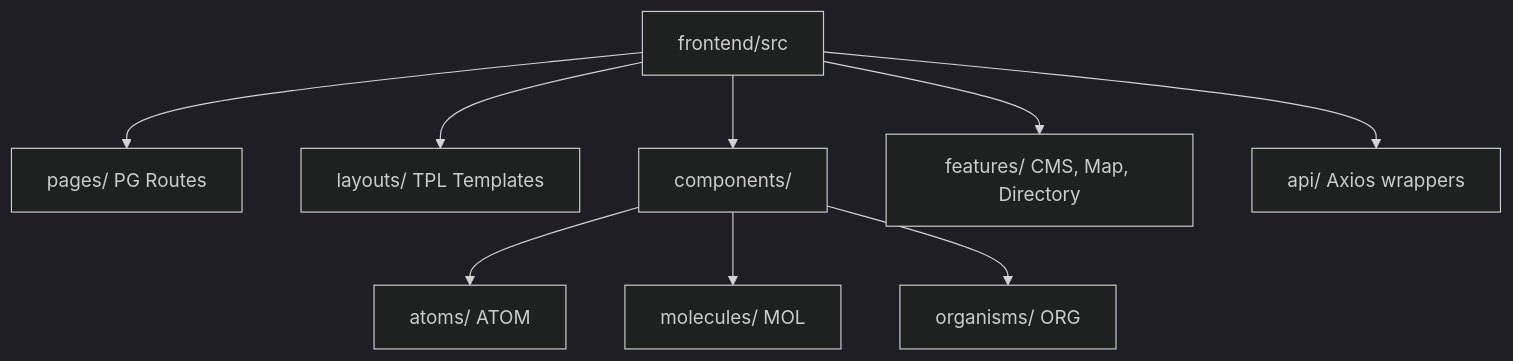
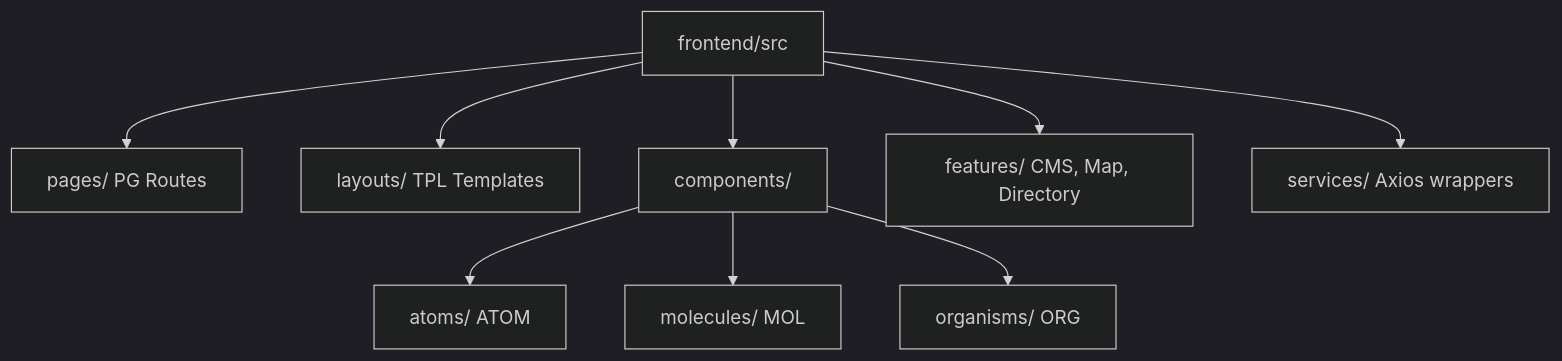
One commit to bitsy6699/WebDesa changed the second of 4 diagrams in docs/engineering/FOLDER_STRUCTURE.md. Above: the diagram before and after it, drawn with Mermaid (dark theme). The commit also changed other lines of this file and 545 other files, not shown here.

````diff
--- a/docs/engineering/FOLDER_STRUCTURE.md
+++ b/docs/engineering/FOLDER_STRUCTURE.md
@@ -191,11 +173,11 @@
 ```mermaid
 graph TD
     FE[frontend/src] --> Pages[pages/ PG Routes]
     FE --> Layouts[layouts/ TPL Templates]
     FE --> Components[components/]
     Components --> Atoms[atoms/ ATOM]
     Components --> Molecules[molecules/ MOL]
     Components --> Organisms[organisms/ ORG]
     FE --> Features[features/ CMS, Map, Directory]
-    FE --> API[api/ Axios wrappers]
+    FE --> Services[services/ Axios wrappers]
 ```
````
